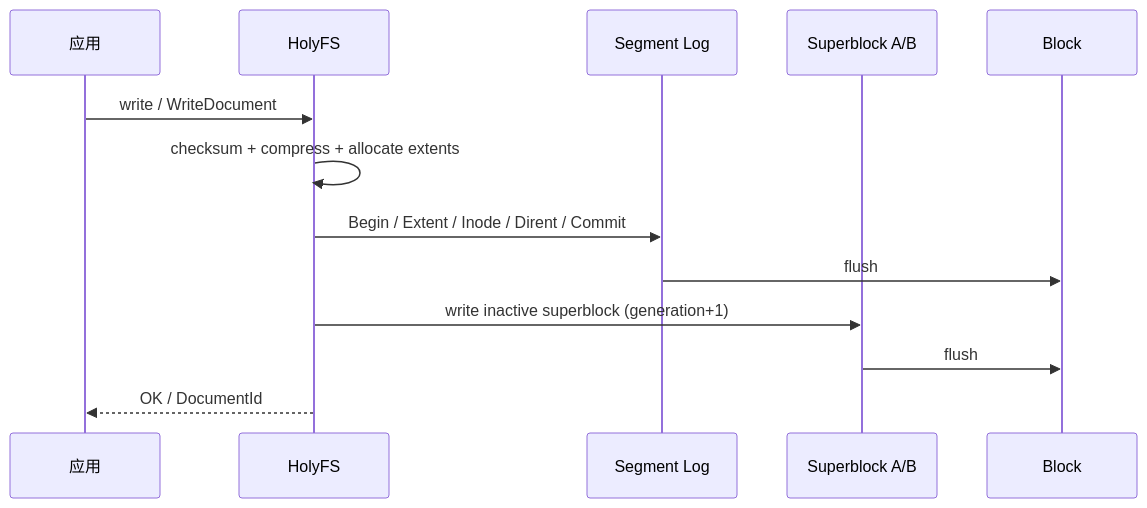
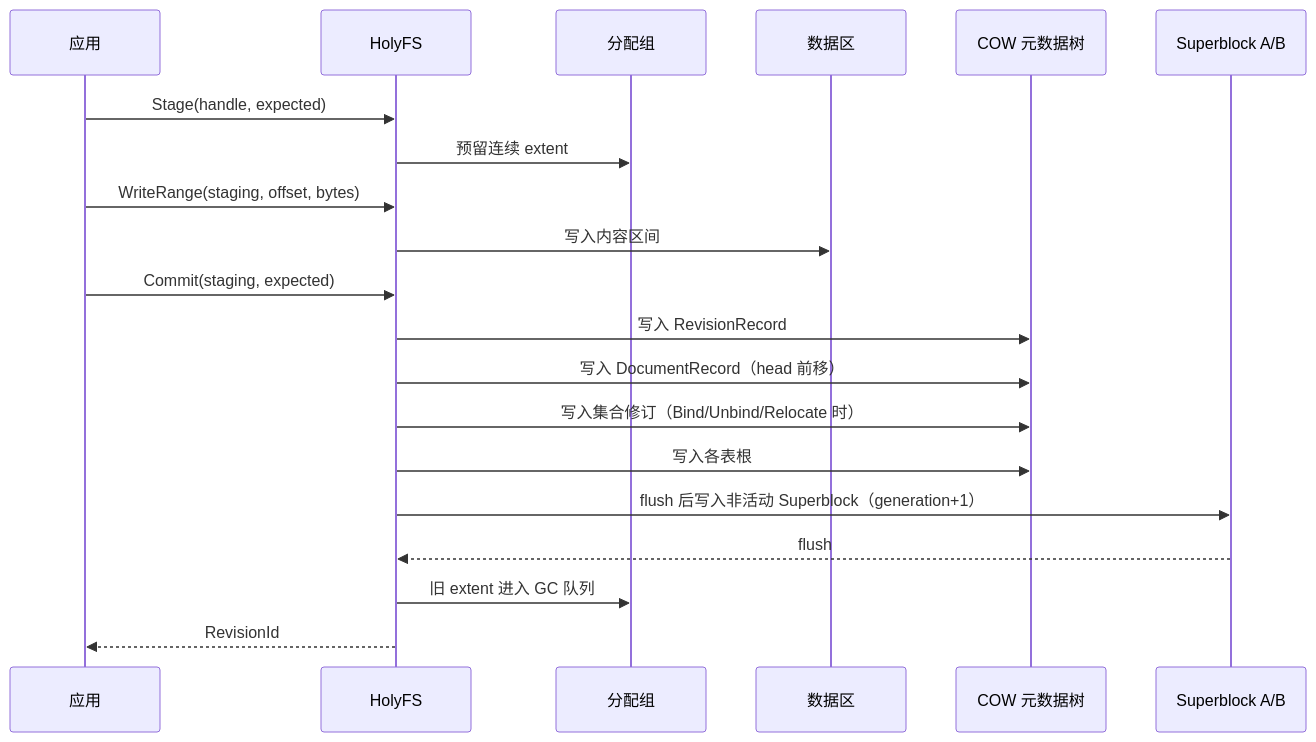
The second of 3 diagrams in docs/holyfs.md (hongweifei/HolyKernel), drawn with Mermaid before and after one commit. The commit also changed other lines of this file and 17 other files, not shown here.

````diff
--- a/docs/holyfs.md
+++ b/docs/holyfs.md
@@ -165,15 +352,23 @@
 ```mermaid
 sequenceDiagram
     participant App as 应用
-    participant RS as HolyFS
-    participant Log as Segment Log
+    participant FS as HolyFS
+    participant Groups as 分配组
+    participant Data as 数据区
+    participant Trees as COW 元数据树
     participant SB as Superblock A/B
-    participant Dev as Block
-    App->>RS: write / WriteDocument
-    RS->>RS: checksum + compress + allocate extents
-    RS->>Log: Begin / Extent / Inode / Dirent / Commit
-    Log->>Dev: flush
-    RS->>SB: write inactive superblock (generation+1)
-    SB->>Dev: flush
-    RS-->>App: OK / DocumentId
+
+    App->>FS: Stage(handle, expected)
+    FS->>Groups: 预留连续 extent
+    App->>FS: WriteRange(staging, offset, bytes)
+    FS->>Data: 写入内容区间
+    App->>FS: Commit(staging, expected)
+    FS->>Trees: 写入 RevisionRecord
+    FS->>Trees: 写入 DocumentRecord（head 前移）
+    FS->>Trees: 写入集合修订（Bind/Unbind/Relocate 时）
+    FS->>Trees: 写入各表根
+    FS->>SB: flush 后写入非活动 Superblock（generation+1）
+    SB-->>FS: flush
+    FS->>Groups: 旧 extent 进入 GC 队列
+    FS-->>App: RevisionId
 ```
````
